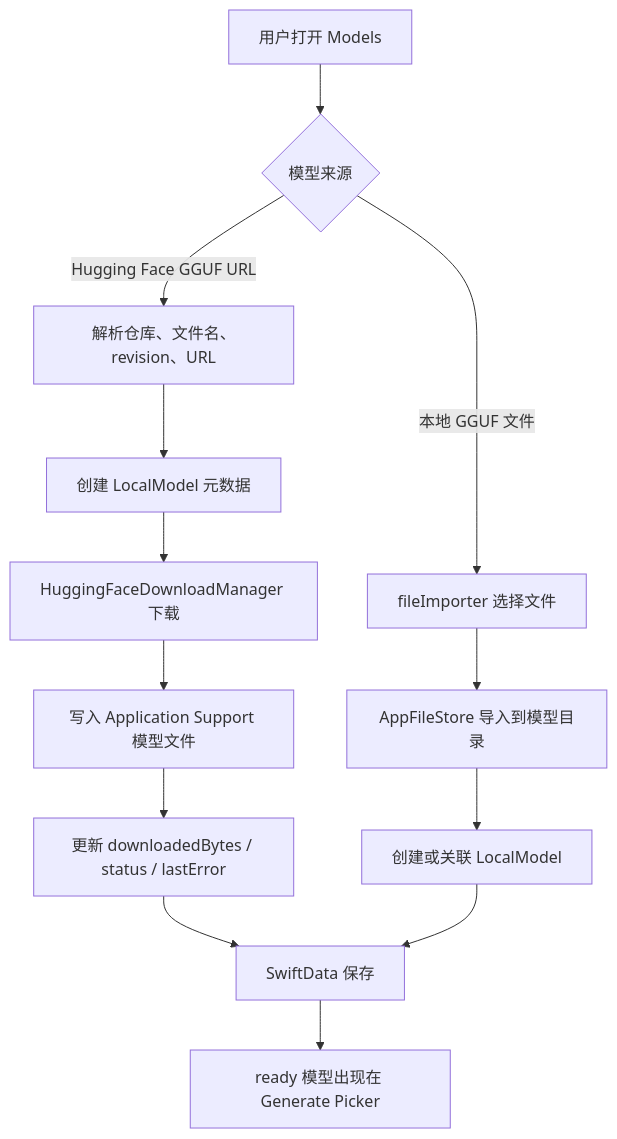
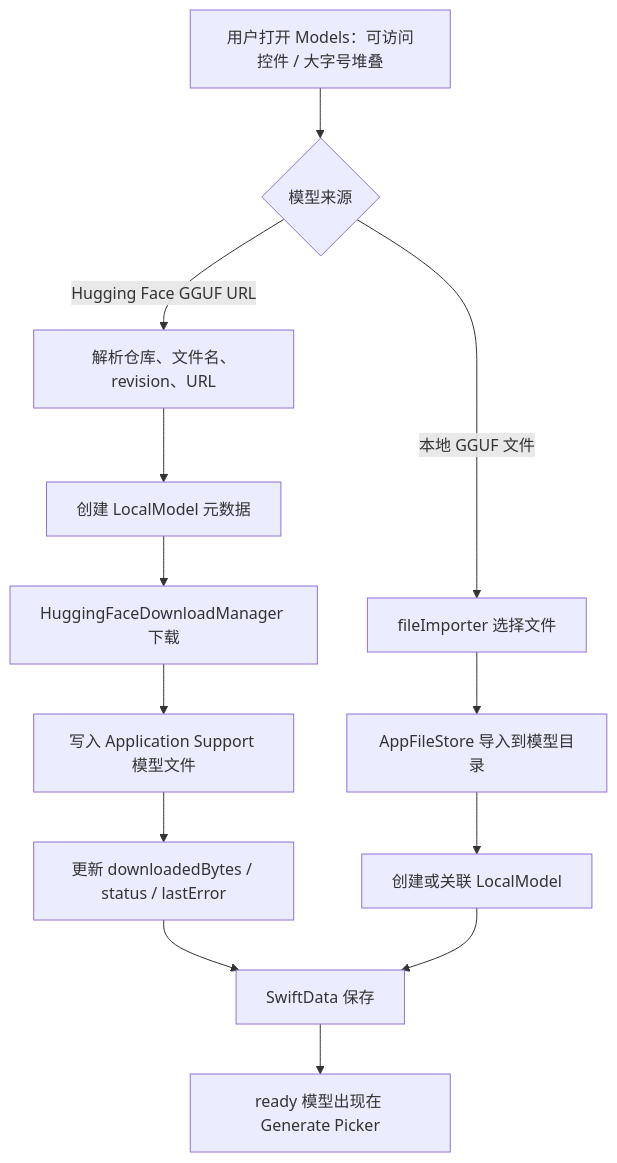
One commit to Altman-sam114/118 changed the third of 7 diagrams in md/flow/flowchart.md. Above: the diagram before and after it, drawn with Mermaid. The commit also changed other lines of this file and 5 other files, not shown here.

````diff
--- a/md/flow/flowchart.md
+++ b/md/flow/flowchart.md
@@ -62,15 +64,15 @@
 ```mermaid
 flowchart TD
-  A["用户打开 Models"] --> B{"模型来源"}
+  A["用户打开 Models：可访问控件 / 大字号堆叠"] --> B{"模型来源"}
   B -- "Hugging Face GGUF URL" --> C["解析仓库、文件名、revision、URL"]
   C --> D["创建 LocalModel 元数据"]
   D --> E["HuggingFaceDownloadManager 下载"]
   E --> F["写入 Application Support 模型文件"]
   F --> G["更新 downloadedBytes / status / lastError"]
   B -- "本地 GGUF 文件" --> H["fileImporter 选择文件"]
   H --> I["AppFileStore 导入到模型目录"]
   I --> J["创建或关联 LocalModel"]
   G --> K["SwiftData 保存"]
   J --> K
   K --> L["ready 模型出现在 Generate Picker"]
 ```
````
